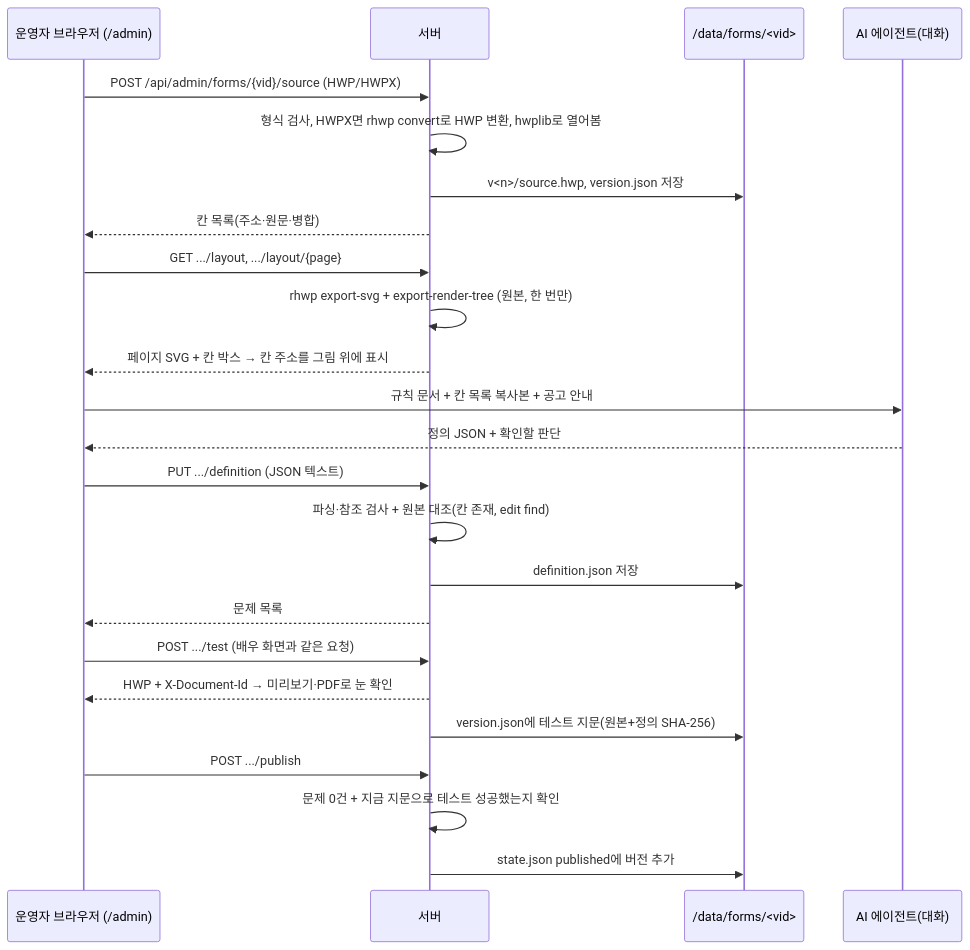
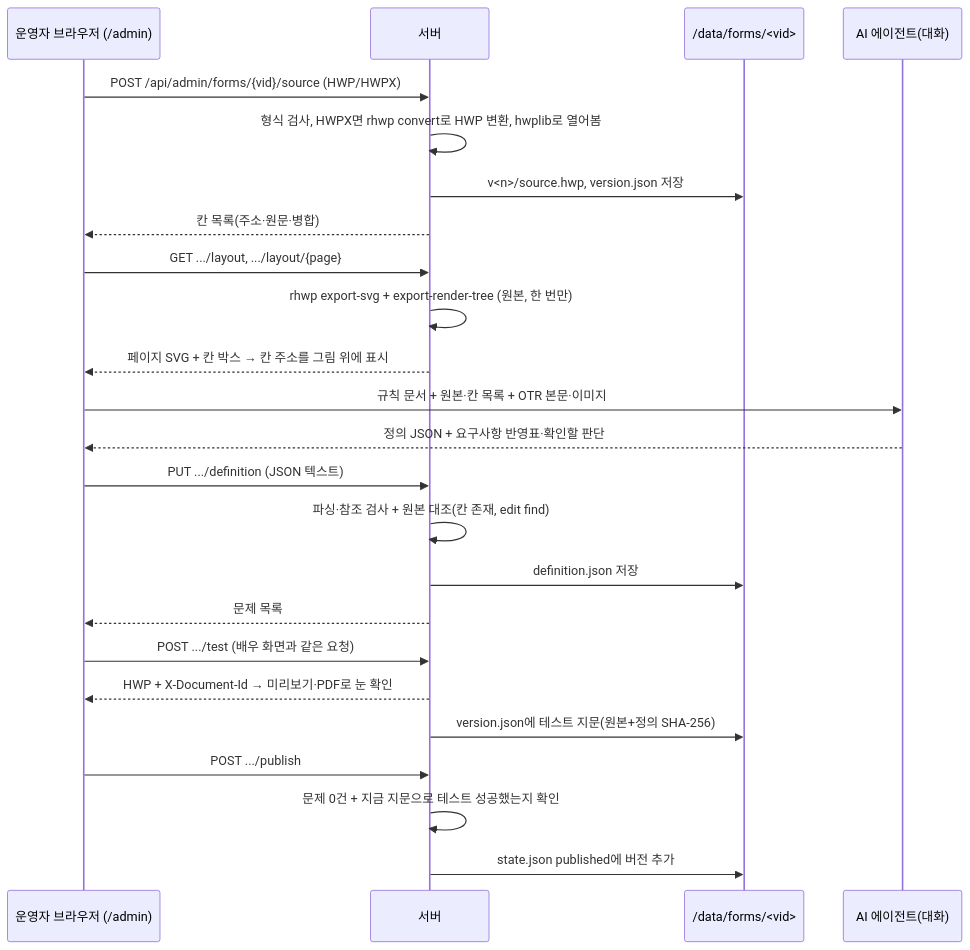
One commit to yesulIn-prototype/actor-apply-write changed the second of 3 diagrams in design/how-it-works.md. Above: the diagram before and after it, drawn with Mermaid. The commit also changed other lines of this file and 5 other files, not shown here.

Commit message:
docs: 공고 이미지·본문 기반 JSON 작성 가이드 개선

````diff
--- a/design/how-it-works.md
+++ b/design/how-it-works.md
@@ -36,26 +36,26 @@
 ```mermaid
 sequenceDiagram
   participant O as 운영자 브라우저 (/admin)
   participant S as 서버
   participant D as /data/forms/<vid>
   participant A as AI 에이전트(대화)
   O->>S: POST /api/admin/forms/{vid}/source (HWP/HWPX)
   S->>S: 형식 검사, HWPX면 rhwp convert로 HWP 변환, hwplib로 열어봄
   S->>D: v<n>/source.hwp, version.json 저장
   S-->>O: 칸 목록(주소·원문·병합)
   O->>S: GET .../layout, .../layout/{page}
   S->>S: rhwp export-svg + export-render-tree (원본, 한 번만)
   S-->>O: 페이지 SVG + 칸 박스 → 칸 주소를 그림 위에 표시
-  O->>A: 규칙 문서 + 칸 목록 복사본 + 공고 안내
-  A-->>O: 정의 JSON + 확인할 판단
+  O->>A: 규칙 문서 + 원본·칸 목록 + OTR 본문·이미지
+  A-->>O: 정의 JSON + 요구사항 반영표·확인할 판단
   O->>S: PUT .../definition (JSON 텍스트)
   S->>S: 파싱·참조 검사 + 원본 대조(칸 존재, edit find)
   S->>D: definition.json 저장
   S-->>O: 문제 목록
   O->>S: POST .../test (배우 화면과 같은 요청)
   S-->>O: HWP + X-Document-Id → 미리보기·PDF로 눈 확인
   S->>D: version.json에 테스트 지문(원본+정의 SHA-256)
   O->>S: POST .../publish
   S->>S: 문제 0건 + 지금 지문으로 테스트 성공했는지 확인
   S->>D: state.json published에 버전 추가
 ```
````
